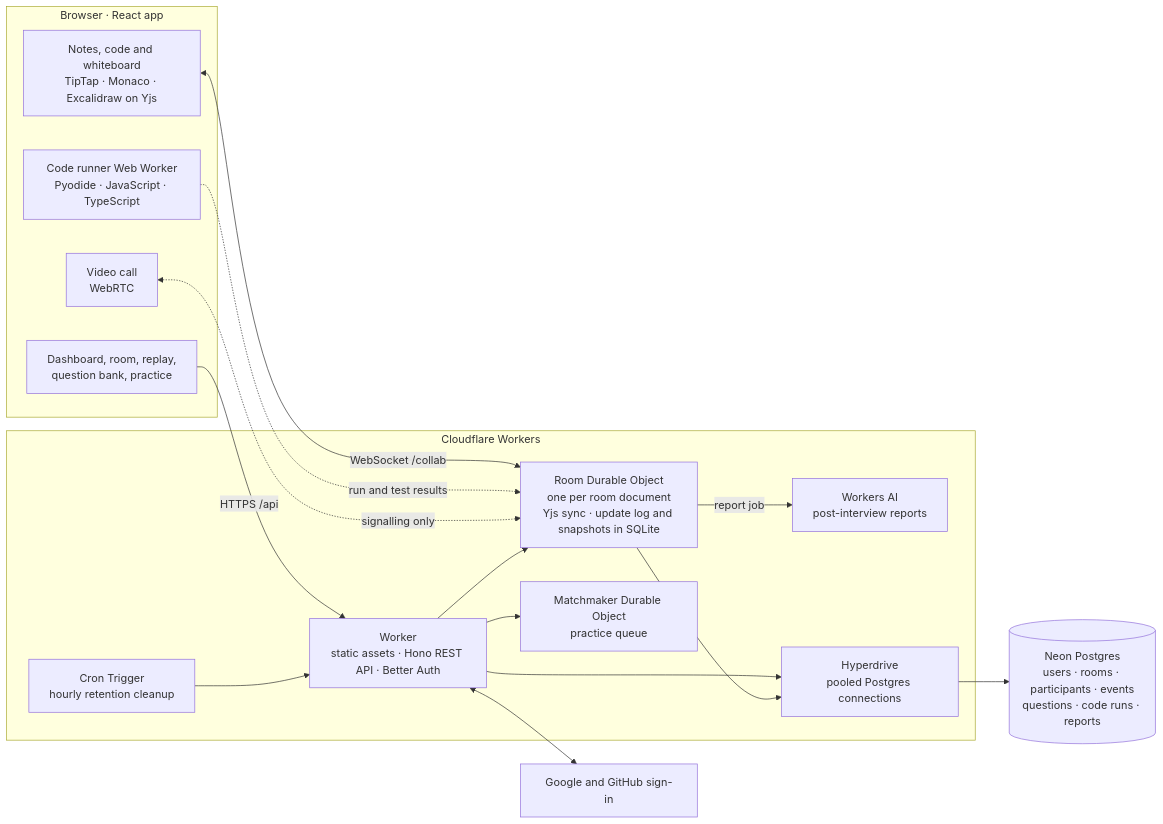
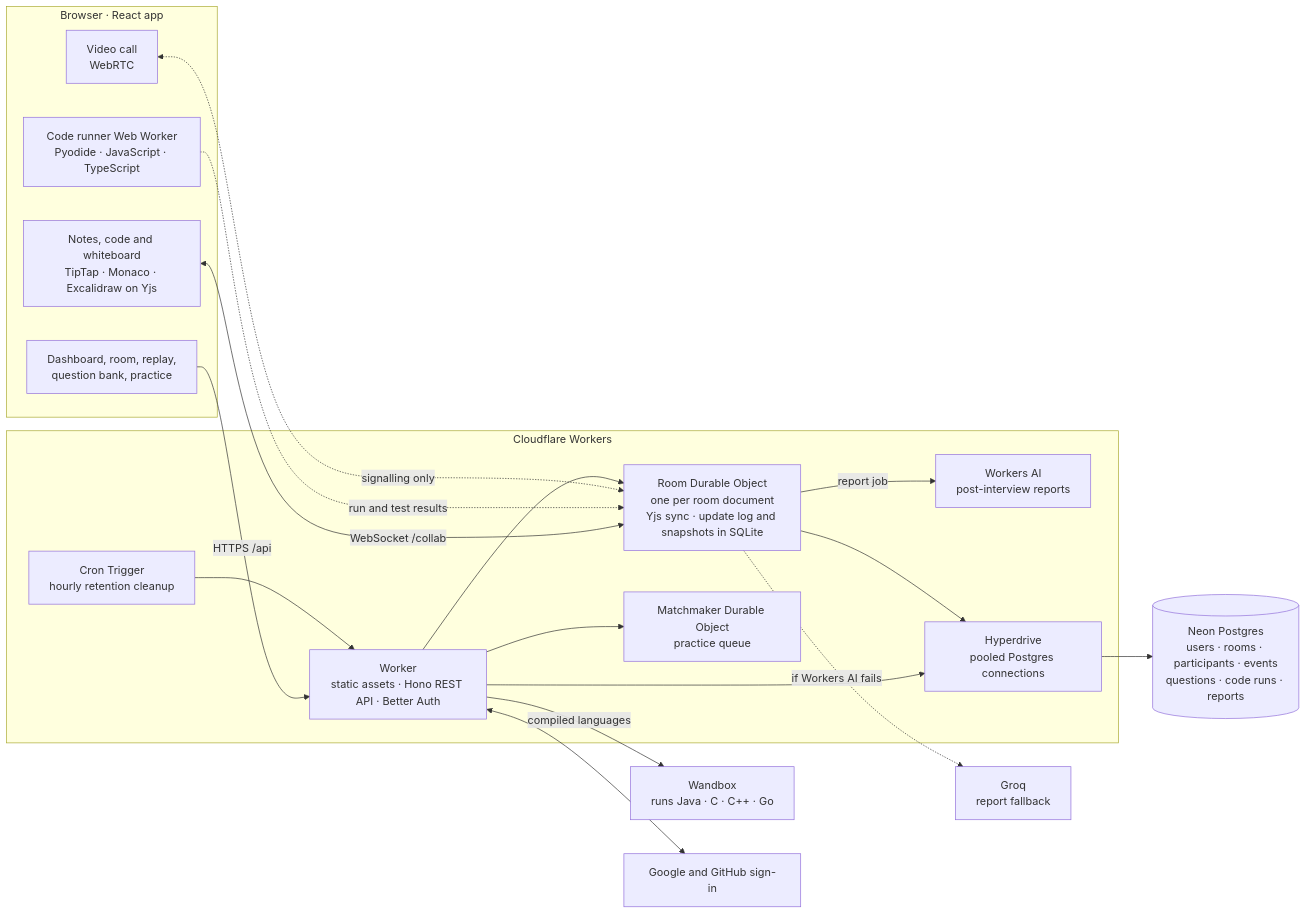
Before and after one commit to RoshanKarthik/SideBySide: the diagram in README.md, drawn with Mermaid. The commit also changed other lines of this file, not shown here.

Commit message:
Describe the Groq fallback and Wandbox in the README

````diff
--- a/README.md
+++ b/README.md
@@ -78,34 +79,39 @@
 ```mermaid
 flowchart LR
   subgraph browser["Browser · React app"]
     pages["Dashboard, room, replay,<br/>question bank, practice"]
     editors["Notes, code and whiteboard<br/>TipTap · Monaco · Excalidraw on Yjs"]
     runner["Code runner Web Worker<br/>Pyodide · JavaScript · TypeScript"]
     video["Video call<br/>WebRTC"]
   end
 
   subgraph cloudflare["Cloudflare Workers"]
     worker["Worker<br/>static assets · Hono REST API · Better Auth"]
     room["Room Durable Object<br/>one per room document<br/>Yjs sync · update log and snapshots in SQLite"]
     matchmaker["Matchmaker Durable Object<br/>practice queue"]
     cron["Cron Trigger<br/>hourly retention cleanup"]
     ai["Workers AI<br/>post-interview reports"]
     hyperdrive["Hyperdrive<br/>pooled Postgres connections"]
   end
 
+  wandbox["Wandbox<br/>runs Java · C · C++ · Go"]
+  groq["Groq<br/>report fallback"]
+
   postgres[("Neon Postgres<br/>users · rooms · participants · events<br/>questions · code runs · reports")]
   oauth["Google and GitHub sign-in"]
 
   pages -- "HTTPS /api" --> worker
   editors <-- "WebSocket /collab" --> room
   runner -. "run and test results" .-> room
   video <-. "signalling only" .-> room
   worker --> room
   worker --> matchmaker
   worker <--> oauth
   cron --> worker
   room -- "report job" --> ai
+  room -. "if Workers AI fails" .-> groq
+  worker -- "compiled languages" --> wandbox
   worker --> hyperdrive
   room --> hyperdrive
   hyperdrive --> postgres
 ```
````
